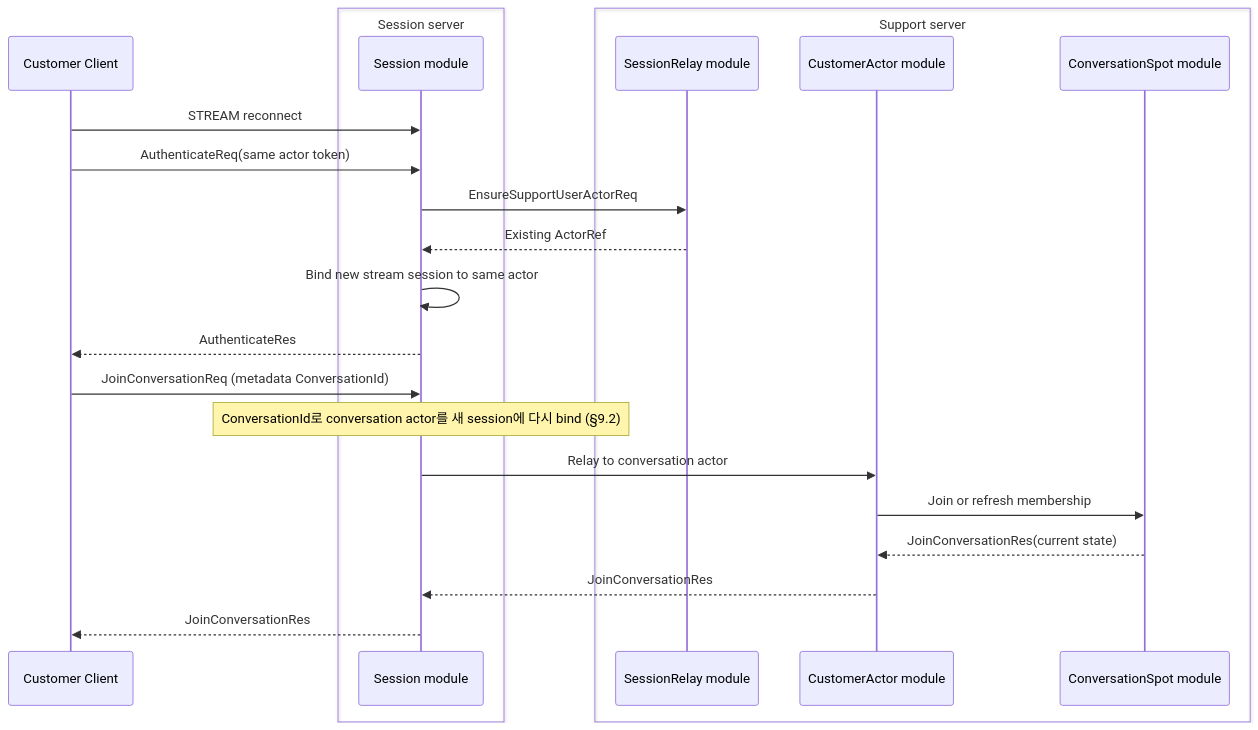
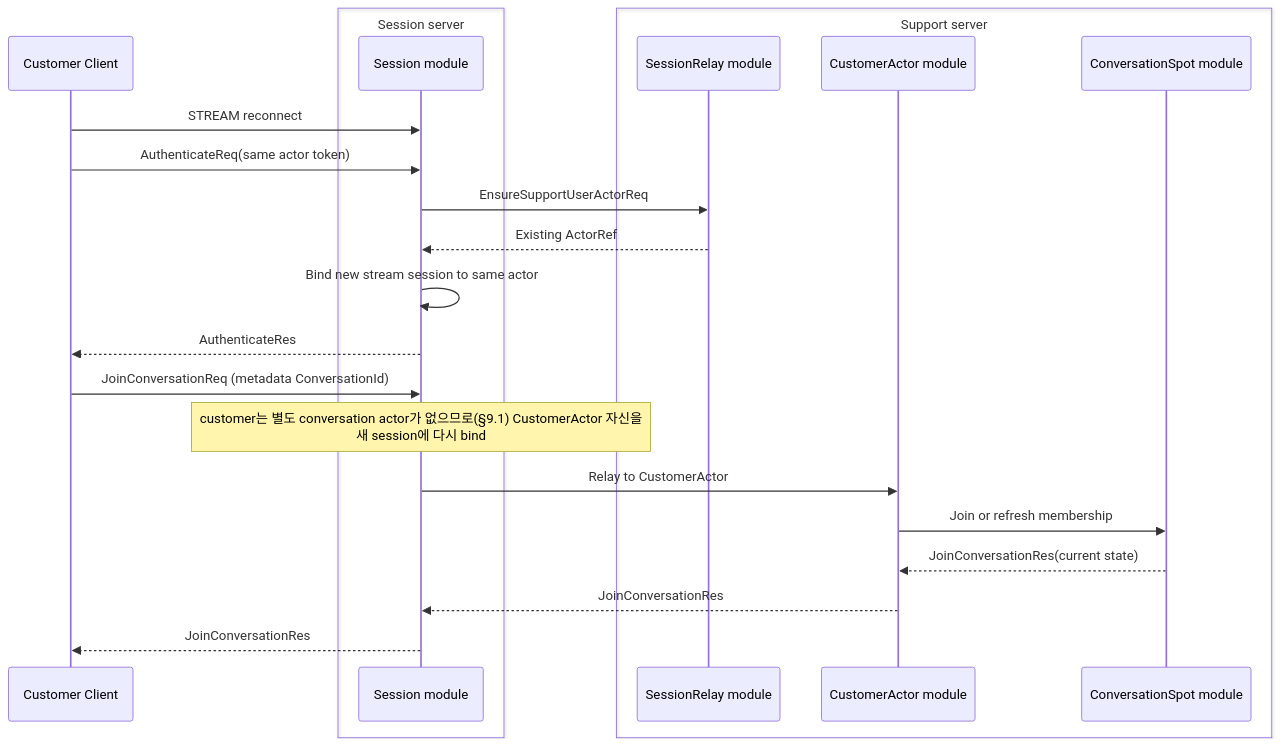
The seventh of 9 diagrams in framework/doc/framework/common/sample/supportchat/README.ko.md (kairos-code-dev/zlink), drawn with Mermaid before and after one commit. The commit also changed other lines of this file and 8 other files, not shown here.

````diff
--- a/framework/doc/framework/common/sample/supportchat/README.ko.md
+++ b/framework/doc/framework/common/sample/supportchat/README.ko.md
@@ -857,28 +868,28 @@
 ```mermaid
 sequenceDiagram
     participant C as Customer Client
 
     box Session server
         participant S as Session module
     end
 
     box Support server
         participant SUP as SessionRelay module
         participant A as CustomerActor module
         participant R as ConversationSpot module
     end
 
     C->>S: STREAM reconnect
     C->>S: AuthenticateReq(same actor token)
     S->>SUP: EnsureSupportUserActorReq
     SUP-->>S: Existing ActorRef
     S->>S: Bind new stream session to same actor
     S-->>C: AuthenticateRes
     C->>S: JoinConversationReq (metadata ConversationId)
-    Note over S: ConversationId로 conversation actor를 새 session에 다시 bind (§9.2)
-    S->>A: Relay to conversation actor
+    Note over S: customer는 별도 conversation actor가 없으므로(§9.1) CustomerActor 자신을<br/>새 session에 다시 bind
+    S->>A: Relay to CustomerActor
     A->>R: Join or refresh membership
     R-->>A: JoinConversationRes(current state)
     A-->>S: JoinConversationRes
     S-->>C: JoinConversationRes
 ```
````
